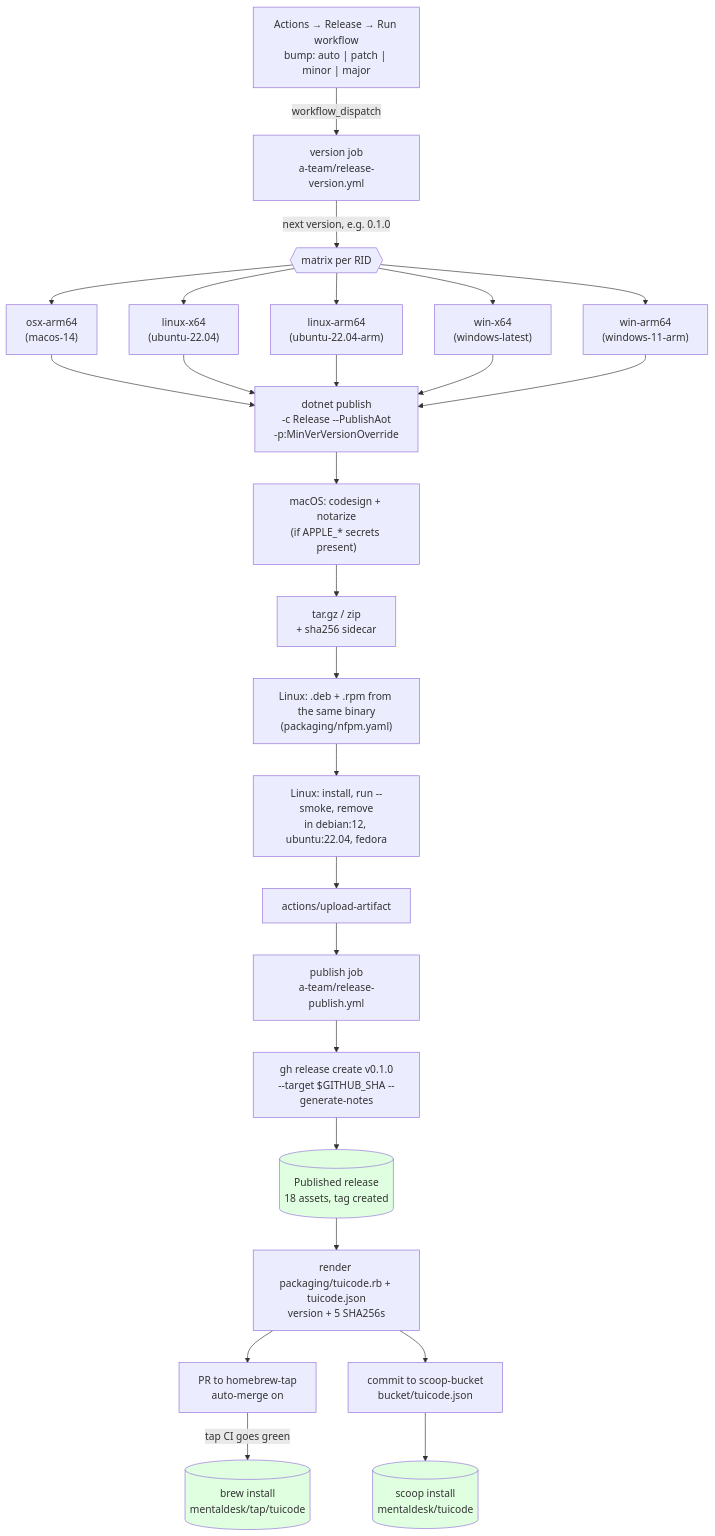
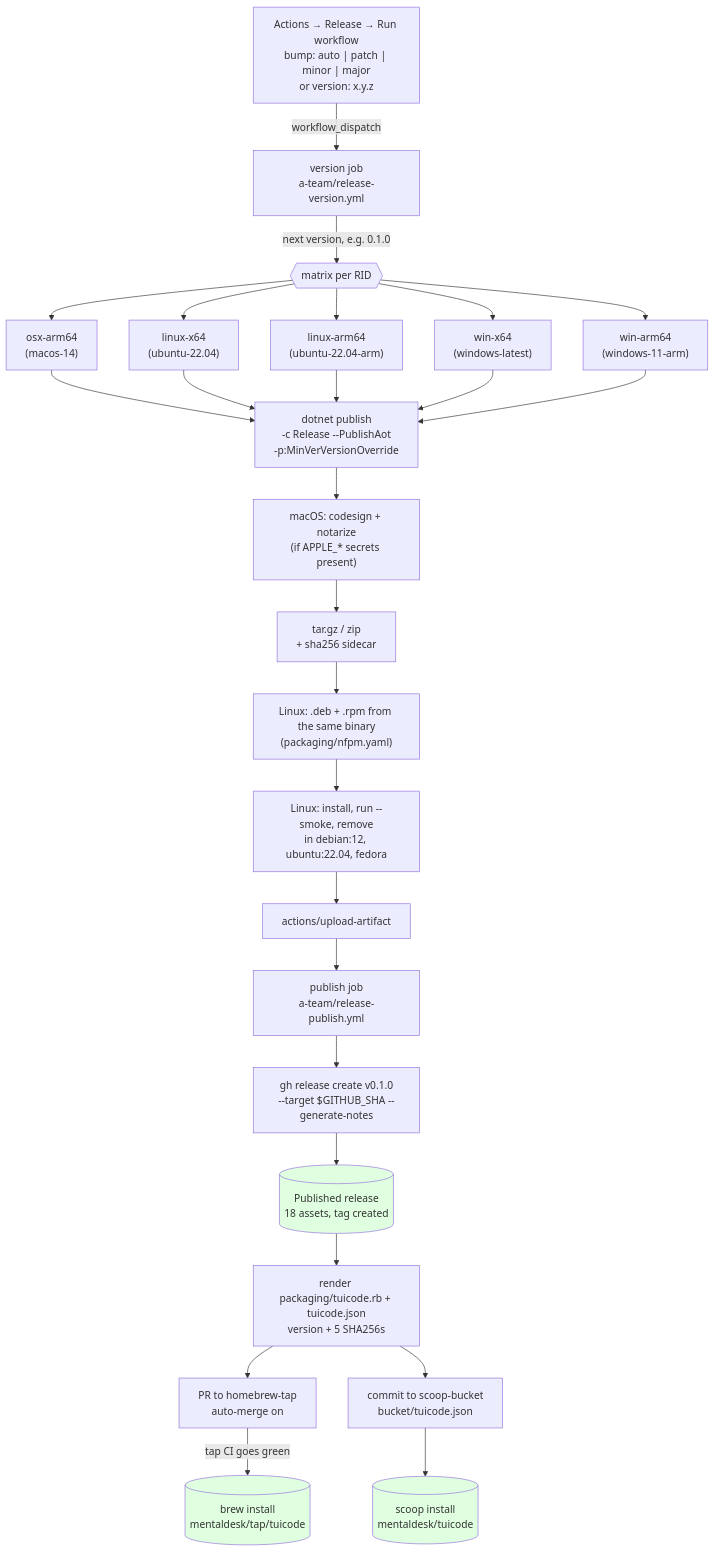
Before and after one commit to mentaldesk/TuiCode: the first of 2 diagrams in CONTRIBUTING.md, drawn with Mermaid. The commit also changed other lines of this file and 2 other files, not shown here.

Commit message:
Release takes an exact version; README says what 1.0 waits for (#616)
Release gets a Version input passed to a-team's release-version.yml, which
overrides Bump when set. Both a-team workflow pins move to v0.1.101, the first
release with that input. README gains a Status section, and CONTRIBUTING
documents the Version box.

Closes #608

````diff
--- a/CONTRIBUTING.md
+++ b/CONTRIBUTING.md
@@ -28,37 +30,37 @@
 ```mermaid
 flowchart TD
-    Click["Actions → Release → Run workflow<br/>bump: auto | patch | minor | major"]
+    Click["Actions → Release → Run workflow<br/>bump: auto | patch | minor | major<br/>or version: x.y.z"]
     Click -->|workflow_dispatch| Version["version job<br/>a-team/release-version.yml"]
     Version -->|"next version, e.g. 0.1.0"| Matrix{{"matrix per RID"}}
 
     Matrix --> A["osx-arm64<br/>(macos-14)"]
     Matrix --> B["linux-x64<br/>(ubuntu-22.04)"]
     Matrix --> C["linux-arm64<br/>(ubuntu-22.04-arm)"]
     Matrix --> D["win-x64<br/>(windows-latest)"]
     Matrix --> E["win-arm64<br/>(windows-11-arm)"]
 
     A --> Publish["dotnet publish<br/>-c Release --PublishAot<br/>-p:MinVerVersionOverride"]
     B --> Publish
     C --> Publish
     D --> Publish
     E --> Publish
 
     Publish --> Sign["macOS: codesign + notarize<br/>(if APPLE_* secrets present)"]
     Sign --> Archive["tar.gz / zip<br/>+ sha256 sidecar"]
     Archive --> Packages["Linux: .deb + .rpm from the same binary<br/>(packaging/nfpm.yaml)"]
     Packages --> Smoke["Linux: install, run --smoke, remove<br/>in debian:12, ubuntu:22.04, fedora"]
     Smoke --> Upload["actions/upload-artifact"]
 
     Upload --> Pub["publish job<br/>a-team/release-publish.yml"]
     Pub --> Tag["gh release create v0.1.0<br/>--target $GITHUB_SHA --generate-notes"]
     Tag --> Public[("Published release<br/>18 assets, tag created")]
     Public --> Render["render packaging/tuicode.rb + tuicode.json<br/>version + 5 SHA256s"]
     Render --> TapPR["PR to homebrew-tap<br/>auto-merge on"]
     TapPR -->|tap CI goes green| Brew[("brew install<br/>mentaldesk/tap/tuicode")]
     Render --> Bucket["commit to scoop-bucket<br/>bucket/tuicode.json"]
     Bucket --> Scoop[("scoop install<br/>mentaldesk/tuicode")]
 
     style Public fill:#e0ffe0
     style Brew fill:#e0ffe0
     style Scoop fill:#e0ffe0
 ```
````
